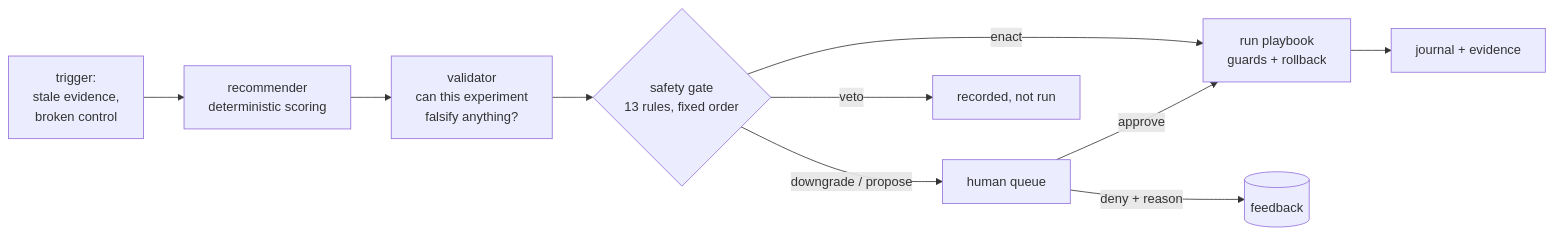
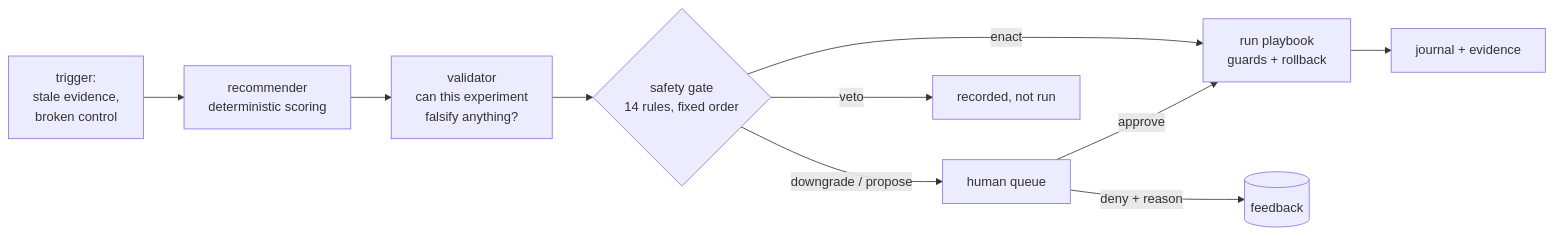
One commit to mwigge/tumult changed the first of 4 diagrams in docs/blog/25-autopilot.md. Above: the diagram before and after it, drawn with Mermaid. The commit also changed other lines of this file and 61 other files, not shown here.

````diff
--- a/docs/blog/25-autopilot.md
+++ b/docs/blog/25-autopilot.md
@@ -19,12 +19,12 @@
 ```mermaid
 flowchart LR
     t[trigger:\nstale evidence,\nbroken control] --> r[recommender\ndeterministic scoring]
     r --> v[validator\ncan this experiment\nfalsify anything?]
-    v --> g{safety gate\n13 rules, fixed order}
+    v --> g{safety gate\n14 rules, fixed order}
     g -->|enact| run[run playbook\nguards + rollback]
     g -->|downgrade / propose| q[human queue]
     g -->|veto| x[recorded, not run]
     q -->|approve| run
     q -->|deny + reason| fb[(feedback)]
     run --> j[journal + evidence]
 ```
````
